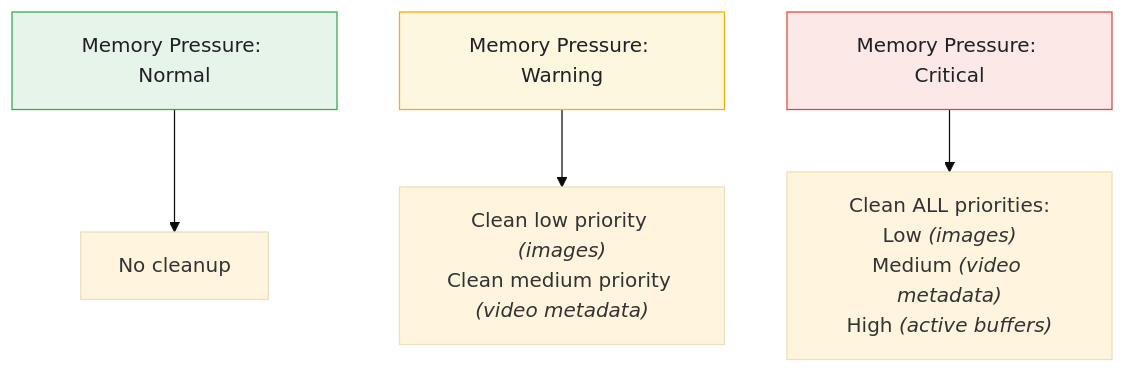
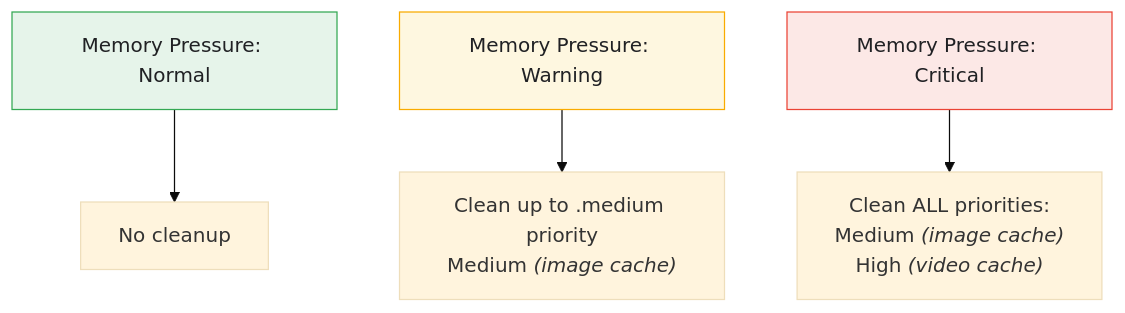
Before and after one commit to tattva20/StreamingVideoApp: the second of 2 diagrams in docs/features/MEMORY-MANAGEMENT.md, drawn with Mermaid (base theme). The commit also changed other lines of this file and 43 other files, not shown here.

````diff
--- a/docs/features/MEMORY-MANAGEMENT.md
+++ b/docs/features/MEMORY-MANAGEMENT.md
@@ -364,12 +458,12 @@
 ```mermaid
 flowchart TB
     N["Memory Pressure: Normal"] --> N2["No cleanup"]
-    W["Memory Pressure: Warning"] --> W2["Clean low priority <i>(images)</i><br/>Clean medium priority <i>(video metadata)</i>"]
-    C["Memory Pressure: Critical"] --> C2["Clean ALL priorities:<br/>Low <i>(images)</i><br/>Medium <i>(video metadata)</i><br/>High <i>(active buffers)</i>"]
+    W["Memory Pressure: Warning"] --> W2["Clean up to .medium priority<br/>Medium <i>(image cache)</i>"]
+    C["Memory Pressure: Critical"] --> C2["Clean ALL priorities:<br/>Medium <i>(image cache)</i><br/>High <i>(video cache)</i>"]
     classDef core fill:#e6f4ea,stroke:#34a853,color:#202124;
     classDef neutral fill:#fef7e0,stroke:#f9ab00,color:#202124;
     classDef impure fill:#fce8e6,stroke:#ea4335,color:#202124;
     class N core;
     class W neutral;
     class C impure;
 ```
````
